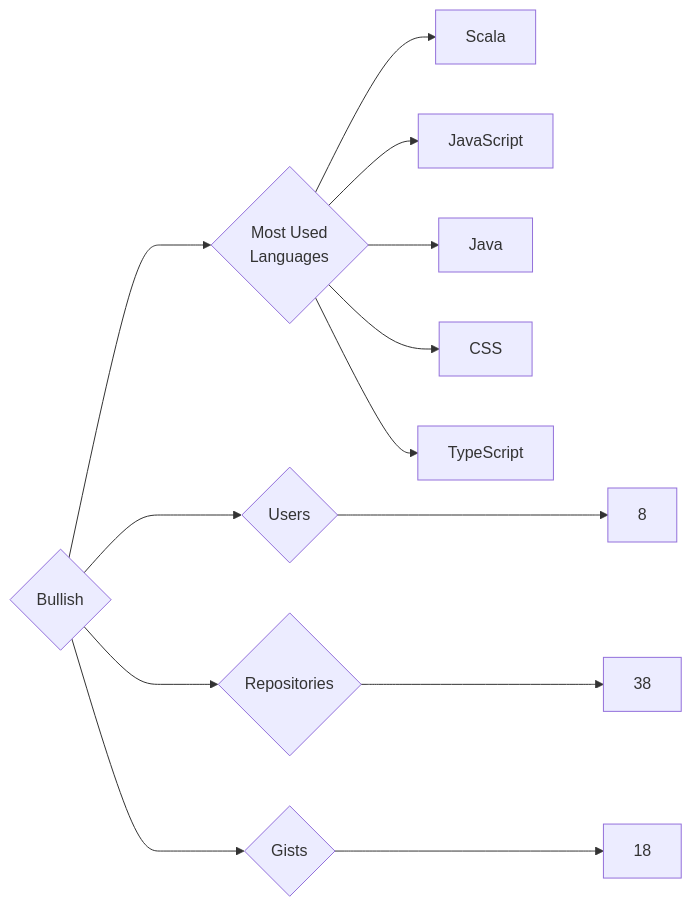
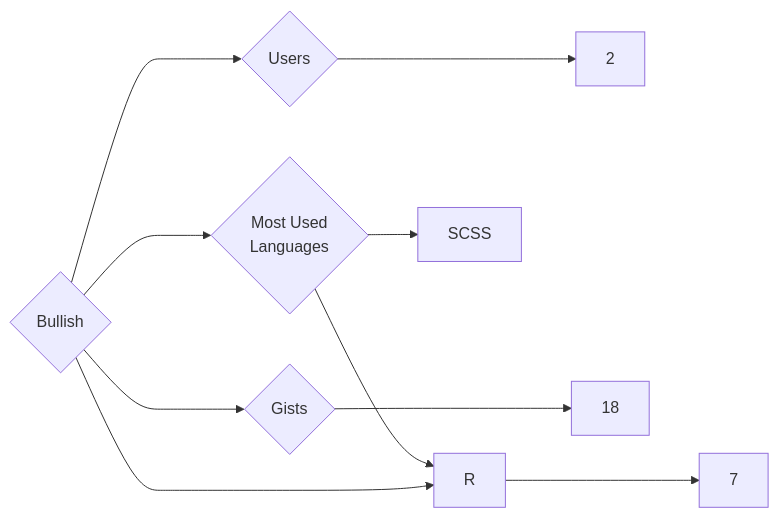
Before and after one commit to trickest/insiders: the diagram in targets/Bullish/README.md, drawn with Mermaid. The commit also changed 865 other files, not shown here.

````diff
--- a/targets/Bullish/README.md
+++ b/targets/Bullish/README.md
@@ -3,13 +3,10 @@
 ```mermaid
 graph LR
 COMPANY_NAME{Bullish}
-COMPANY_NAME ---> U{Users} ---> UN[8]
-COMPANY_NAME ---> R{Repositories} ---> RN[38]
+COMPANY_NAME ---> U{Users} ---> UN[2]
+COMPANY_NAME ---> R{Repositories} ---> RN[7]
 COMPANY_NAME ---> G{Gists} ---> GN[18]
 COMPANY_NAME ---> ML{Most Used<br>Languages}
-ML --> Scala[Scala]
-ML --> JavaScript[JavaScript]
-ML --> Java[Java]
-ML --> CSS[CSS]
-ML --> TypeScript[TypeScript]
+ML --> SCSS[SCSS]
+ML --> R[R]
 ```
````
